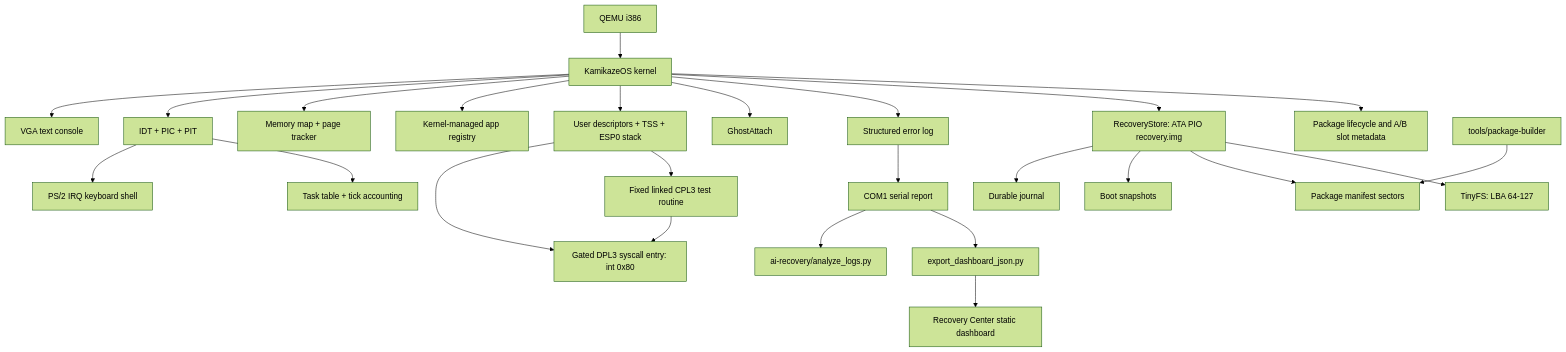
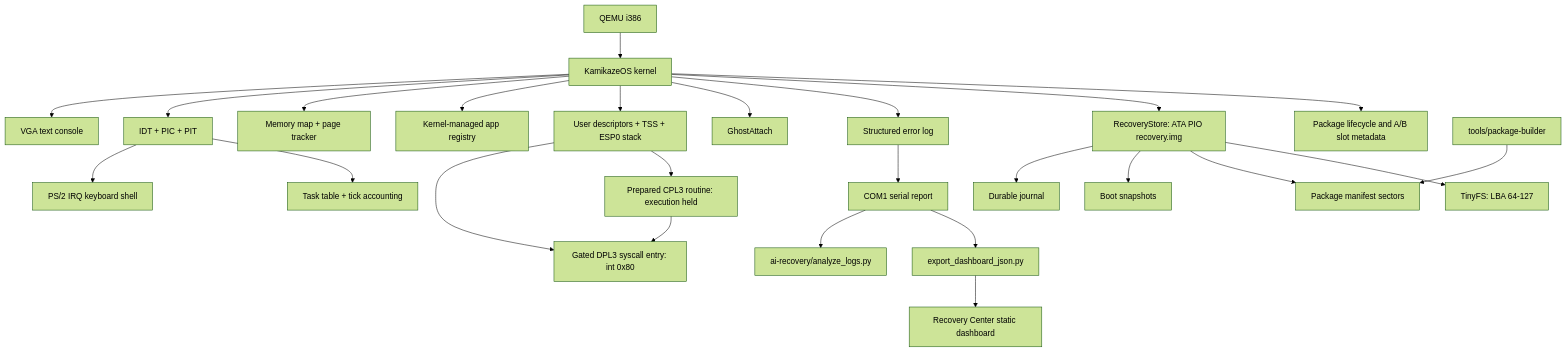
One commit to kaamikazi/kamikazeos changed the diagram in README.md. Above: the diagram before and after it, drawn with Mermaid (forest theme). The commit also changed other lines of this file and 10 other files, not shown here.

````diff
--- a/README.md
+++ b/README.md
@@ -54,27 +55,27 @@
 ```mermaid
 flowchart TD
   QEMU["QEMU i386"] --> Kernel["KamikazeOS kernel"]
   Kernel --> VGA["VGA text console"]
   Kernel --> IRQ["IDT + PIC + PIT"]
   Kernel --> Memory["Memory map + page tracker"]
   IRQ --> Keyboard["PS/2 IRQ keyboard shell"]
   IRQ --> Tasks["Task table + tick accounting"]
   Kernel --> Apps["Kernel-managed app registry"]
   Kernel --> Privilege["User descriptors + TSS + ESP0 stack"]
   Privilege --> Syscalls["Gated DPL3 syscall entry: int 0x80"]
-  Privilege --> Ring3["Fixed linked CPL3 test routine"]
+  Privilege --> Ring3["Prepared CPL3 routine: execution held"]
   Ring3 --> Syscalls
   Kernel --> Ghost["GhostAttach"]
   Kernel --> Errors["Structured error log"]
   Kernel --> Store["RecoveryStore: ATA PIO recovery.img"]
   Store --> Journal["Durable journal"]
   Store --> Snapshots["Boot snapshots"]
   Store --> Manifests["Package manifest sectors"]
   Store --> TinyFS["TinyFS: LBA 64-127"]
   Kernel --> Packages["Package lifecycle and A/B slot metadata"]
   Errors --> Serial["COM1 serial report"]
   Serial --> Analyzer["ai-recovery/analyze_logs.py"]
   Serial --> Exporter["export_dashboard_json.py"]
   Exporter --> Dashboard["Recovery Center static dashboard"]
   Tools["tools/package-builder"] --> Manifests
 ```
````
